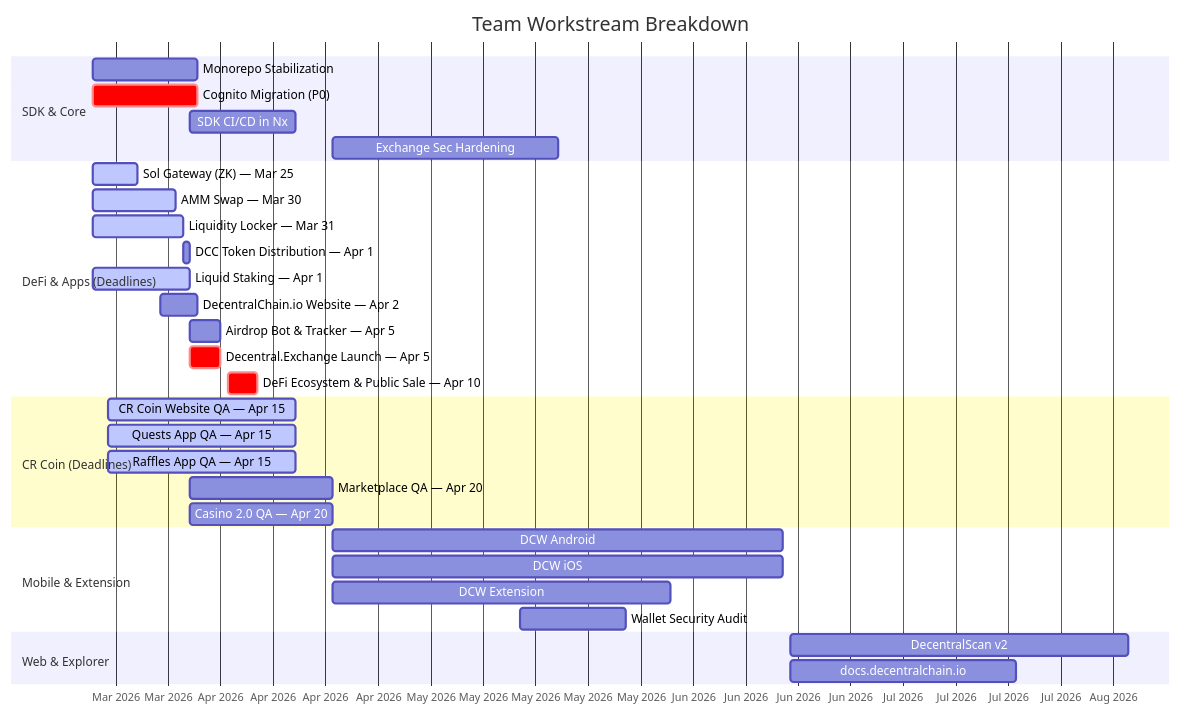
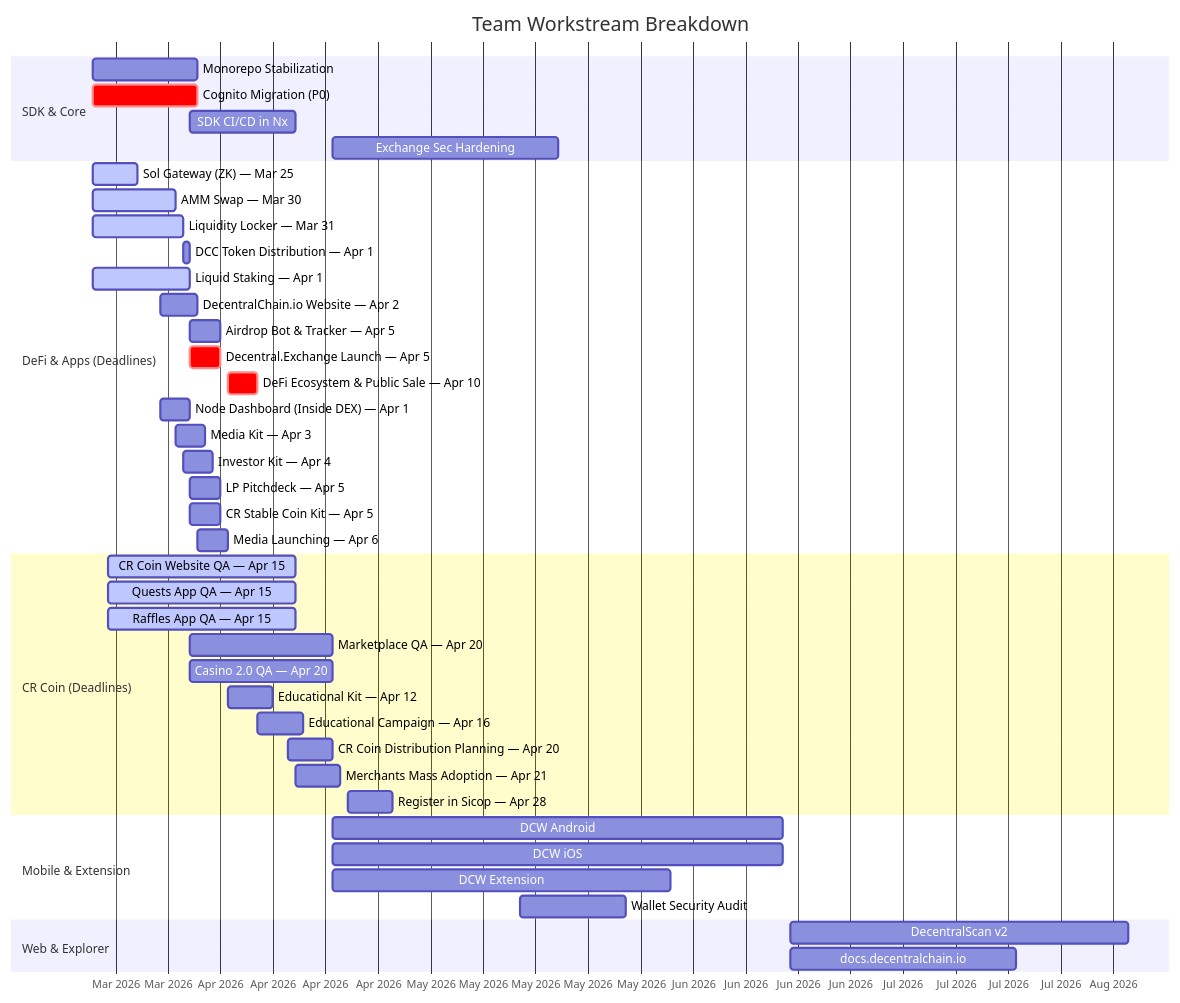
Before and after one commit to 33imattei33/roadmap-project: the fourth of 11 diagrams in ROADMAP.md, drawn with Mermaid. The commit also changed other lines of this file, not shown here.

First line of the commit message:
docs: add 11 new deliverables to roadmap (Apr 1–28)

````diff
--- a/ROADMAP.md
+++ b/ROADMAP.md
@@ -182,40 +201,51 @@
 ```mermaid
 gantt
     title Team Workstream Breakdown
     dateFormat  YYYY-MM-DD
     axisFormat  %b %Y
 
     section SDK & Core
     Monorepo Stabilization       :s1, 2026-03-19, 14d
     Cognito Migration (P0)       :crit, s2, 2026-03-19, 14d
     SDK CI/CD in Nx              :s4, 2026-04-01, 14d
     Exchange Sec Hardening       :s5, 2026-04-20, 30d
 
     section DeFi & Apps (Deadlines)
     Sol Gateway (ZK) — Mar 25          :active, df1, 2026-03-19, 6d
     AMM Swap — Mar 30                  :active, df2, 2026-03-19, 11d
     Liquidity Locker — Mar 31          :active, df3, 2026-03-19, 12d
     DCC Token Distribution — Apr 1     :df3b, 2026-03-31, 1d
     Liquid Staking — Apr 1             :active, df4, 2026-03-19, 13d
     DecentralChain.io Website — Apr 2  :df5, 2026-03-28, 5d
     Airdrop Bot & Tracker — Apr 5      :df6, 2026-04-01, 4d
     Decentral.Exchange Launch — Apr 5  :crit, df7, 2026-04-01, 4d
     DeFi Ecosystem & Public Sale — Apr 10 :crit, df8, 2026-04-06, 4d
+    Node Dashboard (Inside DEX) — Apr 1    :df9, 2026-03-28, 4d
+    Media Kit — Apr 3                      :df10, 2026-03-30, 4d
+    Investor Kit — Apr 4                   :df11, 2026-03-31, 4d
+    LP Pitchdeck — Apr 5                   :df12, 2026-04-01, 4d
+    CR Stable Coin Kit — Apr 5             :df13, 2026-04-01, 4d
+    Media Launching — Apr 6                :df14, 2026-04-02, 4d
 
     section CR Coin (Deadlines)
     CR Coin Website QA — Apr 15        :active, cr1, 2026-03-21, 25d
     Quests App QA — Apr 15             :active, cr2, 2026-03-21, 25d
     Raffles App QA — Apr 15            :active, cr3, 2026-03-21, 25d
     Marketplace QA — Apr 20            :cr4, 2026-04-01, 19d
     Casino 2.0 QA — Apr 20             :cr5, 2026-04-01, 19d
+    Educational Kit — Apr 12            :cr6, 2026-04-06, 6d
+    Educational Campaign — Apr 16       :cr7, 2026-04-10, 6d
+    CR Coin Distribution Planning — Apr 20 :cr8, 2026-04-14, 6d
+    Merchants Mass Adoption — Apr 21    :cr9, 2026-04-15, 6d
+    Register in Sicop — Apr 28          :cr10, 2026-04-22, 6d
 
     section Mobile & Extension
     DCW Android                  :w1, 2026-04-20, 60d
     DCW iOS                      :w2, 2026-04-20, 60d
     DCW Extension                :w3, 2026-04-20, 45d
     Wallet Security Audit        :w4, 2026-05-15, 14d
 
     section Web & Explorer
     DecentralScan v2             :wb2, 2026-06-20, 45d
     docs.decentralchain.io       :wb3, 2026-06-20, 30d
 ```
````
